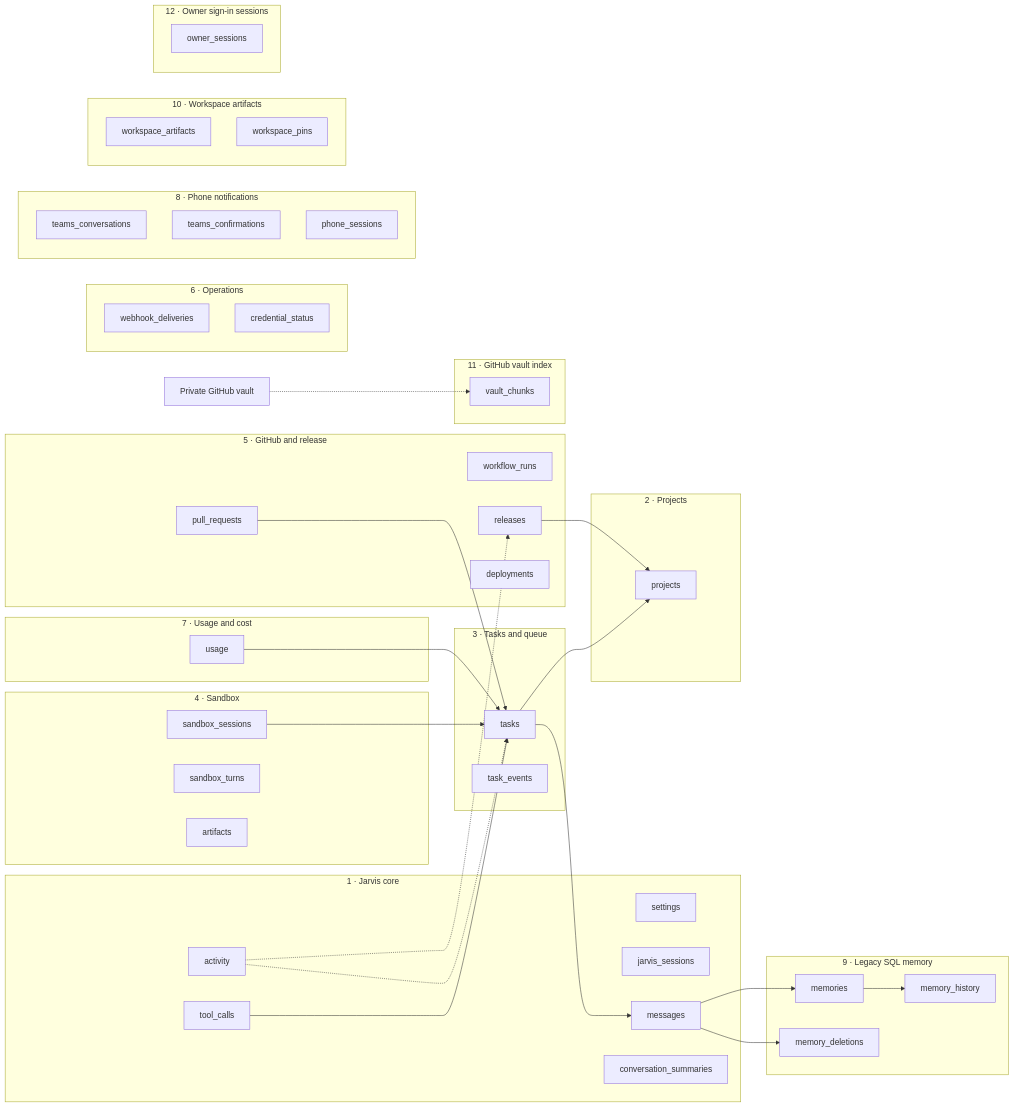
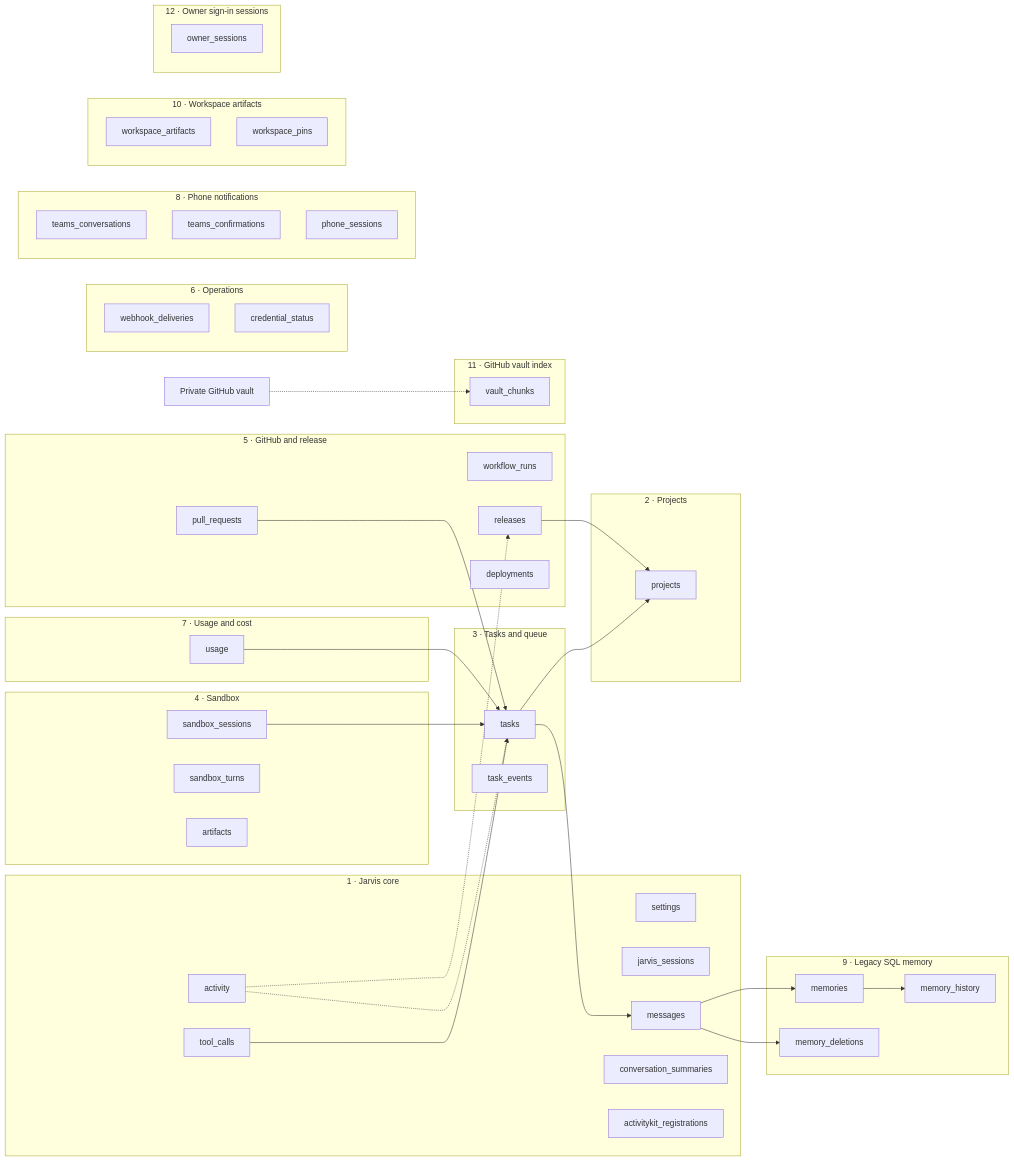
One commit to DanAakesen/jarvis changed the first of 9 diagrams in docs/data-model.md. Above: the diagram before and after it, drawn with Mermaid. The commit also changed other lines of this file and 59 other files, not shown here.

````diff
--- a/docs/data-model.md
+++ b/docs/data-model.md
@@ -145,69 +160,70 @@
 ```mermaid
 flowchart LR
     subgraph CORE["1 · Jarvis core"]
         settings
         jarvis_sessions
         messages
         tool_calls
         activity
         conversation_summaries
+        activitykit_registrations
     end
     subgraph PROJ["2 · Projects"]
         projects
     end
     subgraph TASK["3 · Tasks and queue"]
         tasks
         task_events
     end
     subgraph SANDBOX["4 · Sandbox"]
         sandbox_sessions
         sandbox_turns
         artifacts
     end
     subgraph REL["5 · GitHub and release"]
         pull_requests
         workflow_runs
         releases
         deployments
     end
     subgraph USE["7 · Usage and cost"]
         usage
     end
     subgraph MEMORY["9 · Legacy SQL memory"]
         memories
         memory_history
         memory_deletions
     end
     subgraph VAULT["11 · GitHub vault index"]
         vault_chunks
     end
     vault_repo["Private GitHub vault"] -.-> vault_chunks
     subgraph OPS["6 · Operations"]
         webhook_deliveries
         credential_status
     end
     subgraph PHONE["8 · Phone notifications"]
         teams_conversations
         teams_confirmations
         phone_sessions
     end
     subgraph WORKSPACE["10 · Workspace artifacts"]
         workspace_artifacts
         workspace_pins
     end
     subgraph OWNERSESSION["12 · Owner sign-in sessions"]
         owner_sessions
     end
     tool_calls --> tasks
     tasks --> projects
     sandbox_sessions --> tasks
     pull_requests --> tasks
     releases --> projects
     activity -.-> tasks
     activity -.-> releases
     usage --> tasks
     tasks --> messages
     messages --> memories
     memories --> memory_history
     messages --> memory_deletions
 ```
````
